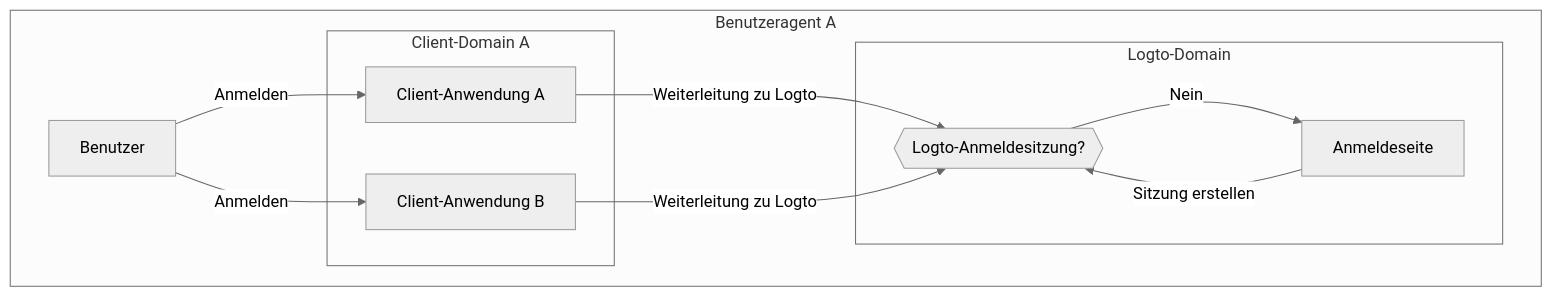
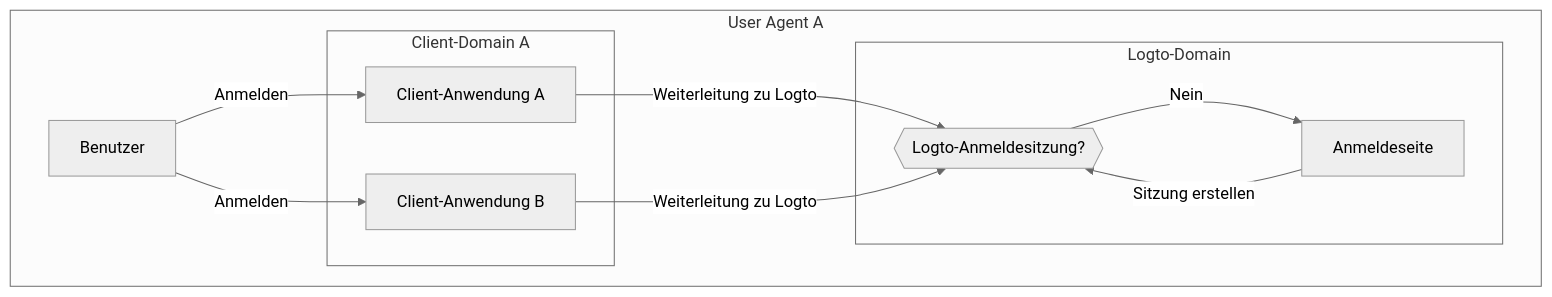
One commit to logto-io/docs changed the second of 3 diagrams in i18n/de/docusaurus-plugin-content-docs/current/end-user-flows/sign-out.mdx. Above: the diagram before and after it, drawn with Mermaid (neutral theme). The commit also changed other lines of this file and 162 other files, not shown here.

````diff
--- a/i18n/de/docusaurus-plugin-content-docs/current/end-user-flows/sign-out.mdx
+++ b/i18n/de/docusaurus-plugin-content-docs/current/end-user-flows/sign-out.mdx
@@ -59,26 +59,26 @@
    ```mermaid
     flowchart TD
-    subgraph User [Benutzeragent A]
+    subgraph Benutzer [User Agent A]
       U[Benutzer]
 
       subgraph Layer1 [Client-Domain A]
         A[Client-Anwendung A]
       end
 
       subgraph Layer1 [Client-Domain B]
         B[Client-Anwendung B]
       end
 
       subgraph Layer2 [Logto-Domain]
           C{{Logto-Anmeldesitzung?}}
           D[Anmeldeseite]
       end
     end
 
     U --> |Anmelden| A
     A --> |Weiterleitung zu Logto| C
     U --> |Anmelden| B
     B --> |Weiterleitung zu Logto| C
     C --> |Nein| D
     D --> |Sitzung erstellen| C
    ```
````
